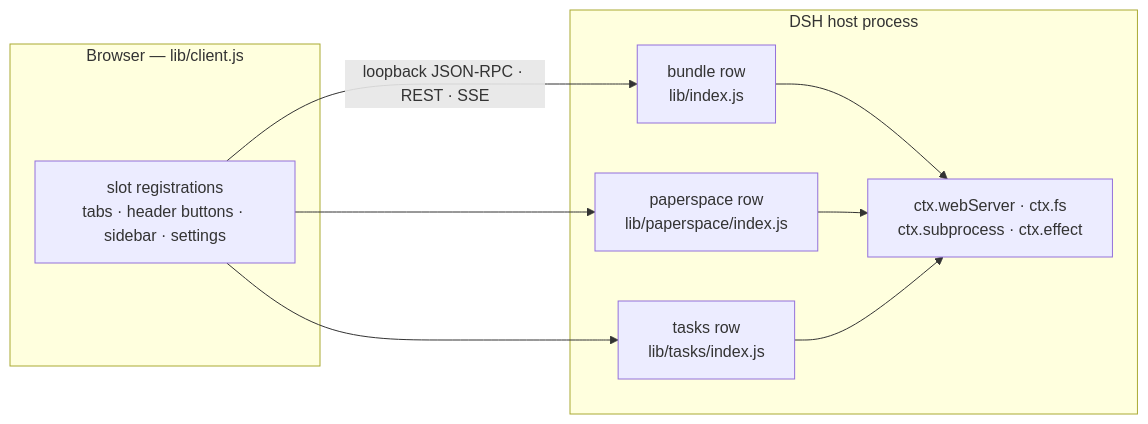
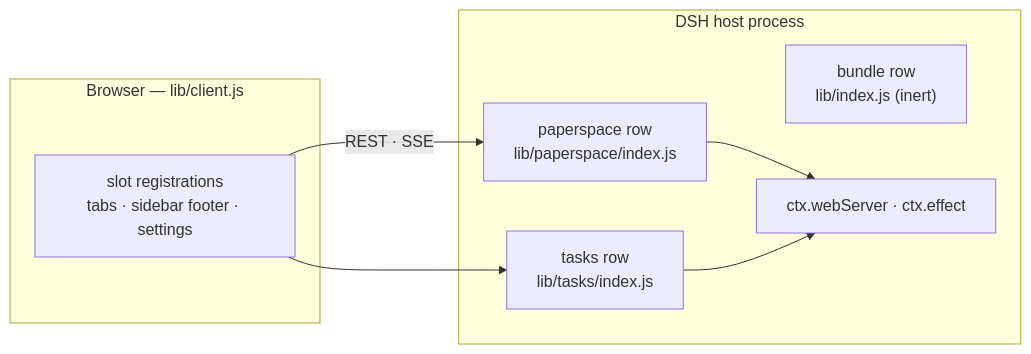
Before and after one commit to unknownue/dsh-unknownue-plugins: the diagram in docs/development.md, drawn with Mermaid. The commit also changed other lines of this file and 50 other files, not shown here.

````diff
--- a/docs/development.md
+++ b/docs/development.md
@@ -21,18 +20,16 @@
 ```mermaid
 flowchart LR
     subgraph browser["Browser — lib/client.js"]
-        ui["slot registrations<br/>tabs · header buttons · sidebar · settings"]
+        ui["slot registrations<br/>tabs · sidebar footer · settings"]
     end
     subgraph proc["DSH host process"]
-        row["bundle row<br/>lib/index.js"]
+        row["bundle row<br/>lib/index.js (inert)"]
         papers["paperspace row<br/>lib/paperspace/index.js"]
         tasks["tasks row<br/>lib/tasks/index.js"]
-        seams["ctx.webServer · ctx.fs<br/>ctx.subprocess · ctx.effect"]
+        seams["ctx.webServer · ctx.effect"]
     end
-    ui -- "loopback JSON-RPC · REST · SSE" --> row
-    ui --> papers
+    ui -- "REST · SSE" --> papers
     ui --> tasks
-    row --> seams
     papers --> seams
     tasks --> seams
 ```
````
